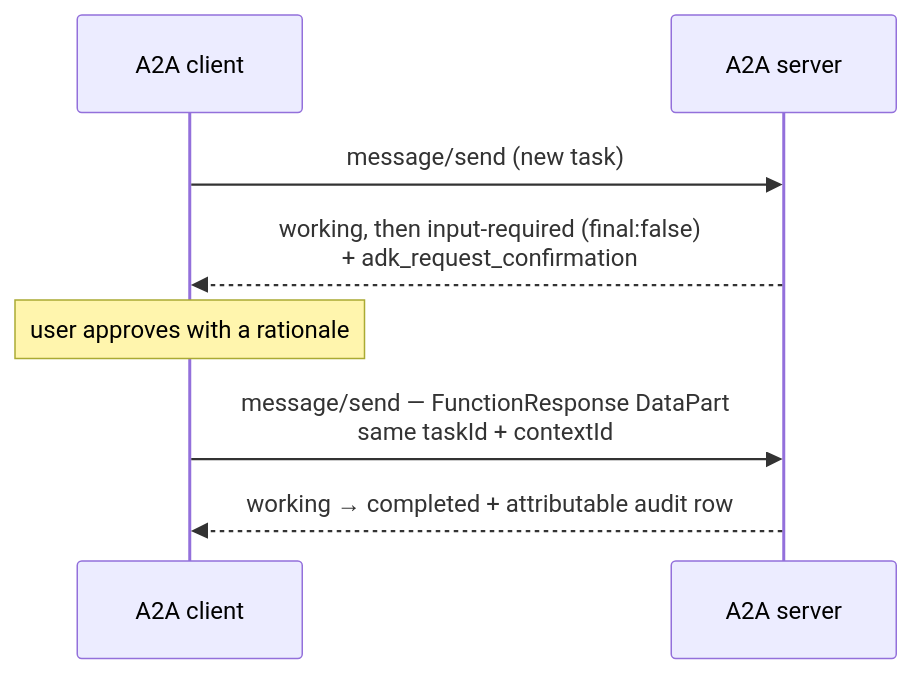
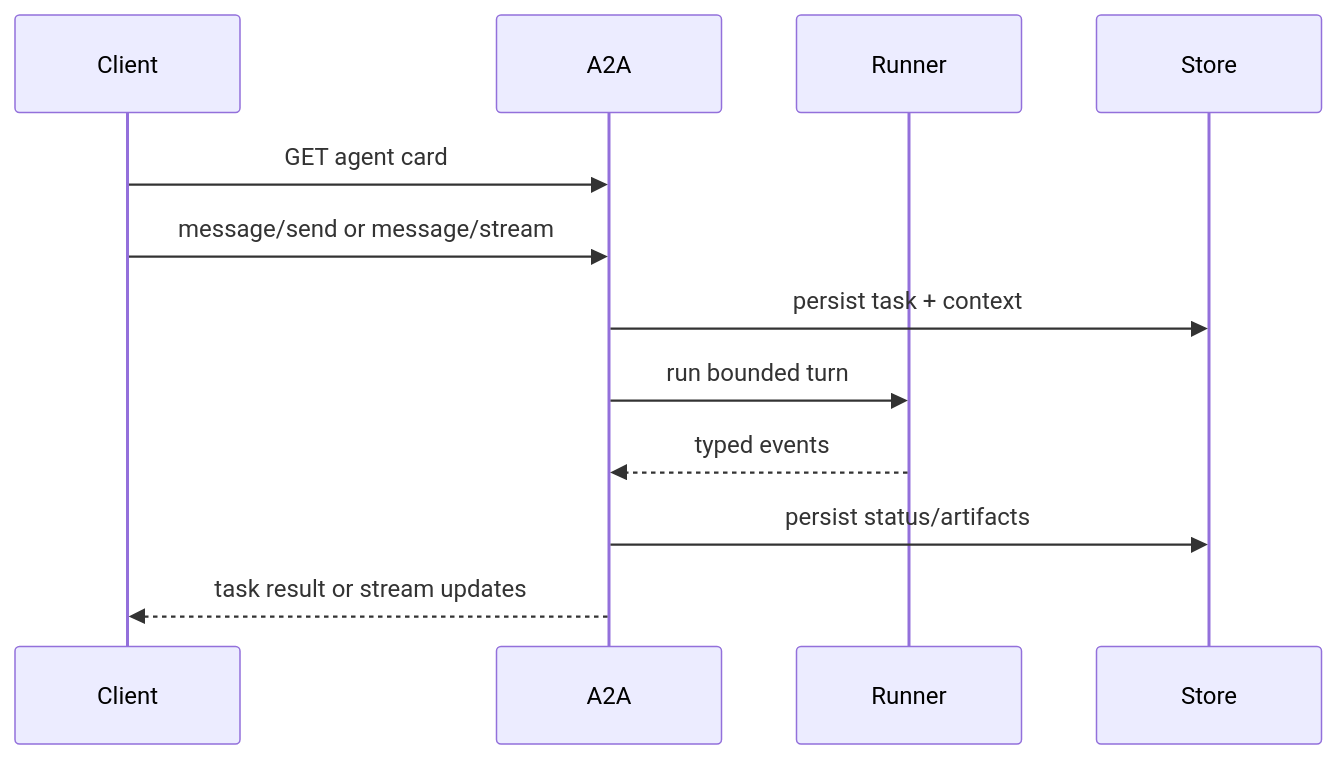
The diagram in content/3. Capabilities/3.6. A2A.md (LuiGGi629/agentops-open-course), drawn with Mermaid before and after one commit. The commit also changed other lines of this file and 87 other files, not shown here.

````diff
--- a/content/3. Capabilities/3.6. A2A.md
+++ b/content/3. Capabilities/3.6. A2A.md
@@ -229,10 +28,14 @@
 ```mermaid
 sequenceDiagram
-    participant C as A2A client
-    participant S as A2A server
-    C->>S: message/send (new task)
-    S-->>C: working, then input-required (final:false)<br/>+ adk_request_confirmation
-    Note over C: user approves with a rationale
-    C->>S: message/send — FunctionResponse DataPart<br/>same taskId + contextId
-    S-->>C: working → completed + attributable audit row
+    participant Client
+    participant A2A
+    participant Runner
+    participant Store
+    Client->>A2A: GET agent card
+    Client->>A2A: message/send or message/stream
+    A2A->>Store: persist task + context
+    A2A->>Runner: run bounded turn
+    Runner-->>A2A: typed events
+    A2A->>Store: persist status/artifacts
+    A2A-->>Client: task result or stream updates
 ```
````
